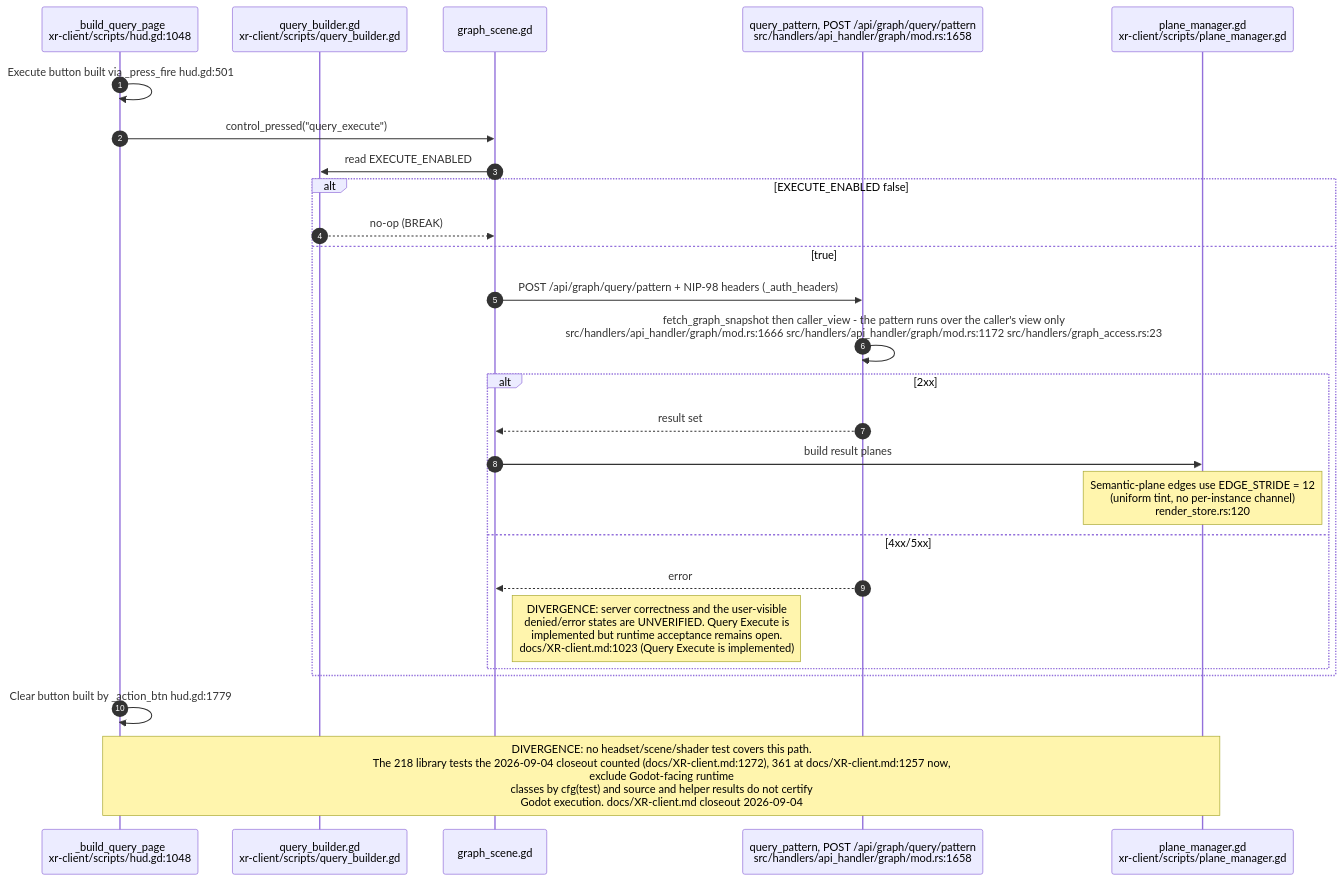
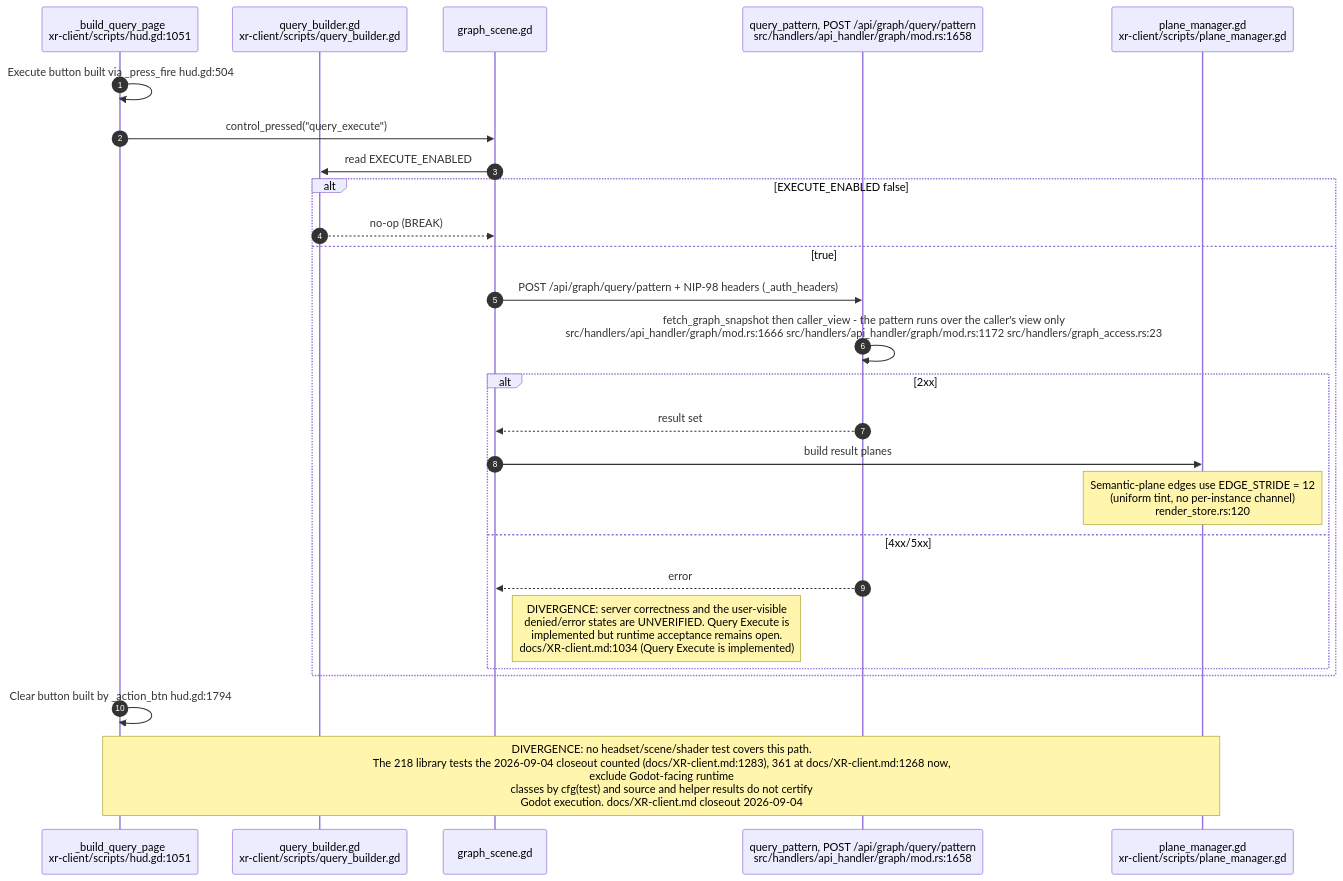
One commit to DreamLab-AI/VisionFlow changed diagram 17 of 30 in docs/diagrams/visionclaw/36-godot-xr-client.md. Above: the diagram before and after it, drawn with Mermaid. The commit also changed other lines of this file and 24 other files, not shown here.

Commit message:
docs: align XR liveness, filtering and rendering diagrams (#33)

````diff
--- a/docs/diagrams/visionclaw/36-godot-xr-client.md
+++ b/docs/diagrams/visionclaw/36-godot-xr-client.md
@@ -945,29 +960,29 @@
 ```mermaid
 sequenceDiagram
     autonumber
-    participant HD as _build_query_page<br/>xr-client/scripts/hud.gd:1048
+    participant HD as _build_query_page<br/>xr-client/scripts/hud.gd:1051
     participant QB as query_builder.gd<br/>xr-client/scripts/query_builder.gd
     participant GS as graph_scene.gd
     participant SV as query_pattern, POST /api/graph/query/pattern<br/>src/handlers/api_handler/graph/mod.rs:1658
     participant PM as plane_manager.gd<br/>xr-client/scripts/plane_manager.gd
 
-    HD->>HD: Execute button built via _press_fire hud.gd:501
+    HD->>HD: Execute button built via _press_fire hud.gd:504
     HD->>GS: control_pressed("query_execute")
     GS->>QB: read EXECUTE_ENABLED
     alt EXECUTE_ENABLED false
         QB-->>GS: no-op (BREAK)
     else true
         GS->>SV: POST /api/graph/query/pattern + NIP-98 headers (_auth_headers)
         SV->>SV: fetch_graph_snapshot then caller_view - the pattern runs over the caller's view only<br/>src/handlers/api_handler/graph/mod.rs:1666 src/handlers/api_handler/graph/mod.rs:1172 src/handlers/graph_access.rs:23
         alt 2xx
             SV-->>GS: result set
             GS->>PM: build result planes
             Note over PM: Semantic-plane edges use EDGE_STRIDE = 12<br/>(uniform tint, no per-instance channel)<br/>render_store.rs:120
         else 4xx/5xx
             SV-->>GS: error
-            Note right of GS: DIVERGENCE: server correctness and the user-visible<br/>denied/error states are UNVERIFIED. Query Execute is<br/>implemented but runtime acceptance remains open.<br/>docs/XR-client.md:1023 (Query Execute is implemented)
+            Note right of GS: DIVERGENCE: server correctness and the user-visible<br/>denied/error states are UNVERIFIED. Query Execute is<br/>implemented but runtime acceptance remains open.<br/>docs/XR-client.md:1034 (Query Execute is implemented)
         end
     end
-    HD->>HD: Clear button built by _action_btn hud.gd:1779
-    Note over HD,PM: DIVERGENCE: no headset/scene/shader test covers this path.<br/>The 218 library tests the 2026-09-04 closeout counted (docs/XR-client.md:1272), 361 at docs/XR-client.md:1257 now,<br/>exclude Godot-facing runtime<br/>classes by cfg(test) and source and helper results do not certify<br/>Godot execution. docs/XR-client.md closeout 2026-09-04
+    HD->>HD: Clear button built by _action_btn hud.gd:1794
+    Note over HD,PM: DIVERGENCE: no headset/scene/shader test covers this path.<br/>The 218 library tests the 2026-09-04 closeout counted (docs/XR-client.md:1283), 361 at docs/XR-client.md:1268 now,<br/>exclude Godot-facing runtime<br/>classes by cfg(test) and source and helper results do not certify<br/>Godot execution. docs/XR-client.md closeout 2026-09-04
 ```
````
